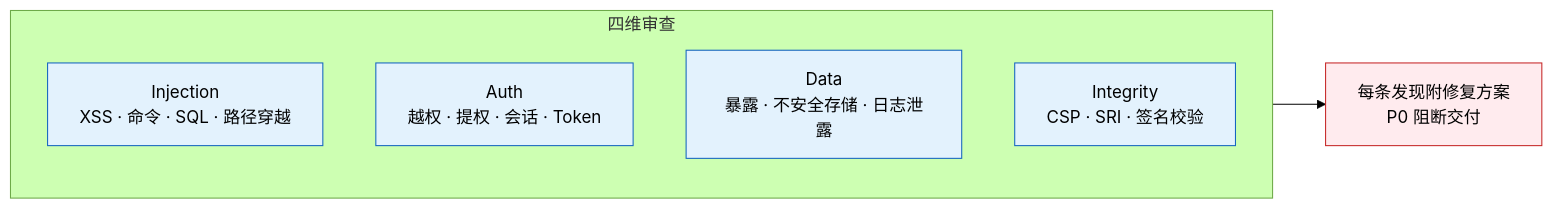
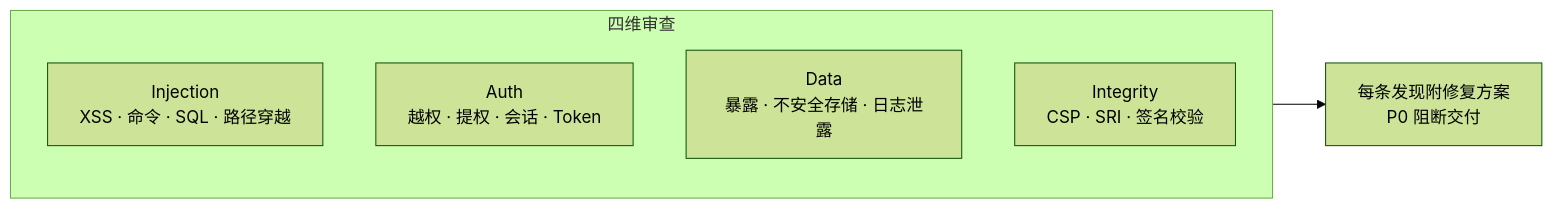
Before and after one commit to effiy/YrY: the fourth of 5 diagrams in agents/security.md, drawn with Mermaid (forest theme). The commit also changed other lines of this file and 9 other files, not shown here.

````diff
--- a/agents/security.md
+++ b/agents/security.md
@@ -89,13 +75,11 @@
 ```mermaid
 flowchart LR
     subgraph 四维["四维审查"]
         INJ["Injection<br/>XSS · 命令 · SQL · 路径穿越"]:::dim
         AUTH["Auth<br/>越权 · 提权 · 会话 · Token"]:::dim
         DATA["Data<br/>暴露 · 不安全存储 · 日志泄露"]:::dim
         INT["Integrity<br/>CSP · SRI · 签名校验"]:::dim
     end
     四维 --> OUT["每条发现附修复方案<br/>P0 阻断交付"]:::out
 
-    classDef dim fill:#e3f2fd,stroke:#1565c0;
-    classDef out fill:#ffebee,stroke:#c62828;
 ```
````
